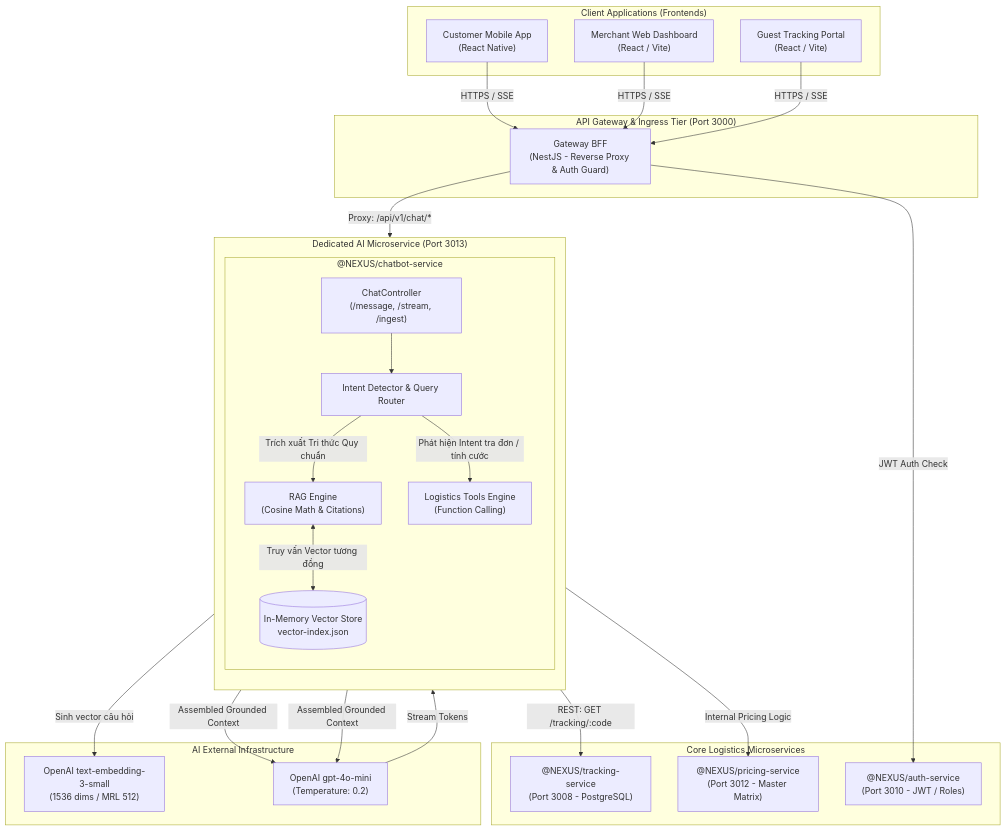
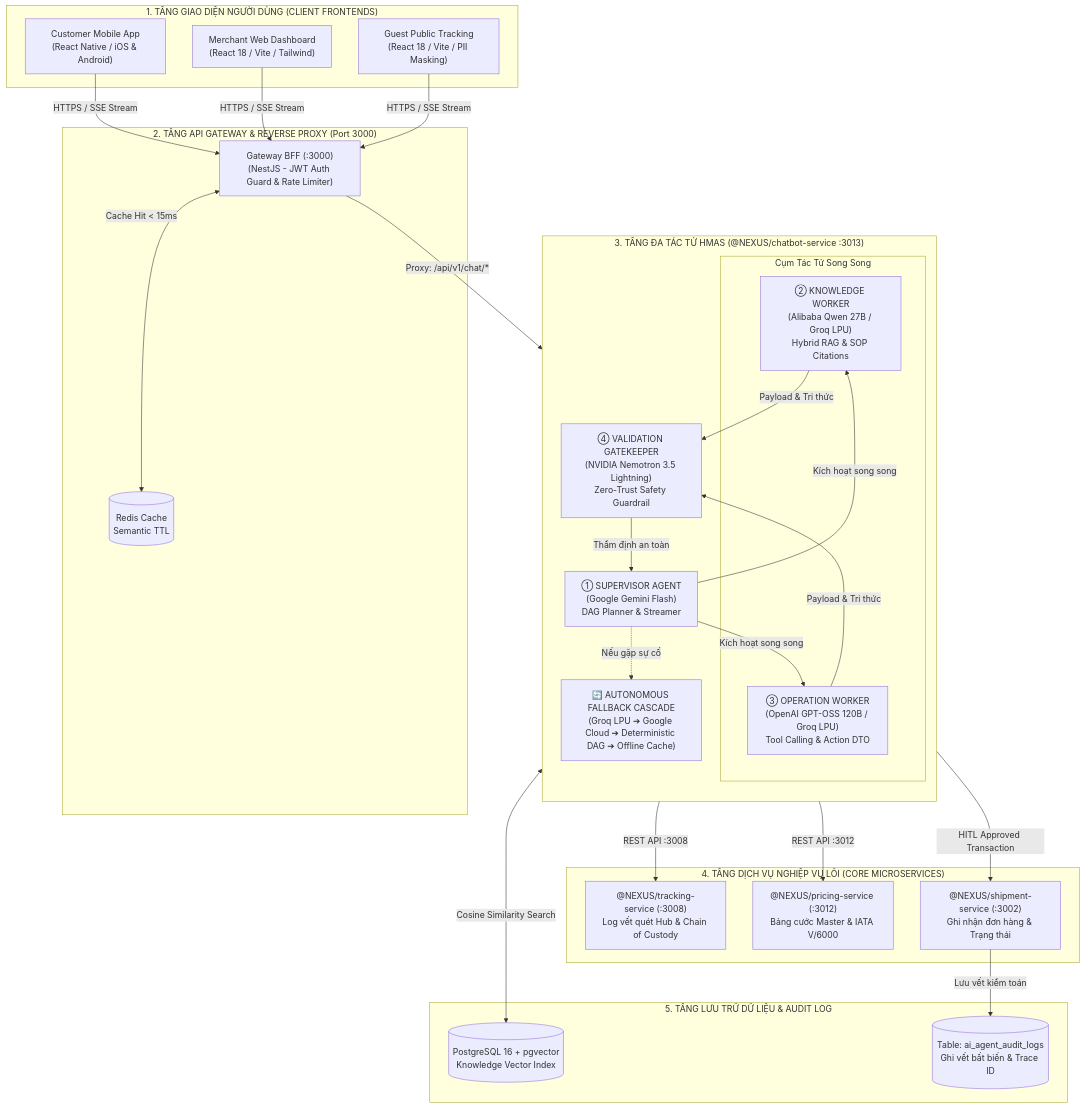
The first of 3 diagrams in docs/architecture/ai-chatbot-service-architecture.md (VoVanTuTai/logistics-management-system), drawn with Mermaid before and after one commit. The commit also changed other lines of this file and 2 other files, not shown here.

Commit message:
docs(architecture): finalize and lock Nexus HMAS Big Four architecture specification and diagrams

````diff
--- a/docs/architecture/ai-chatbot-service-architecture.md
+++ b/docs/architecture/ai-chatbot-service-architecture.md
@@ -42,54 +93,60 @@
 ```mermaid
 graph TD
-    subgraph CLIENT_TIER ["Client Applications (Frontends)"]
-        CM["Customer Mobile App<br/>(React Native)"]
-        MW["Merchant Web Dashboard<br/>(React / Vite)"]
-        GW["Guest Tracking Portal<br/>(React / Vite)"]
+    subgraph CLIENT_TIER ["1. TẦNG GIAO DIỆN NGƯỜI DÙNG (CLIENT FRONTENDS)"]
+        CM["Customer Mobile App<br/>(React Native / iOS & Android)"]
+        MW["Merchant Web Dashboard<br/>(React 18 / Vite / Tailwind)"]
+        GW["Guest Public Tracking<br/>(React 18 / Vite / PII Masking)"]
     end
 
-    subgraph API_GATEWAY_TIER ["API Gateway & Ingress Tier (Port 3000)"]
-        BFF["Gateway BFF<br/>(NestJS - Reverse Proxy & Auth Guard)"]
+    subgraph GATEWAY_TIER ["2. TẦNG API GATEWAY & REVERSE PROXY (Port 3000)"]
+        BFF["Gateway BFF (:3000)<br/>(NestJS - JWT Auth Guard & Rate Limiter)"]
+        CACHE[("Redis Cache<br/>Semantic TTL")]
     end
 
-    subgraph AI_SERVICE_TIER ["Dedicated AI Microservice (Port 3013)"]
+    subgraph HMAS_CONTAINER ["3. TẦNG ĐA TÁC TỬ HMAS (@NEXUS/chatbot-service :3013)"]
         direction TB
-        subgraph CHATBOT_SVC ["@NEXUS/chatbot-service"]
-            CTRL["ChatController<br/>(/message, /stream, /ingest)"]
-            ROUTER["Intent Detector & Query Router"]
-            RAG_ENG["RAG Engine<br/>(Cosine Math & Citations)"]
-            TOOL_ENG["Logistics Tools Engine<br/>(Function Calling)"]
-            V_STORE[("In-Memory Vector Store<br/>vector-index.json")]
+        SUP["① SUPERVISOR AGENT<br/>(Google Gemini Flash)<br/>DAG Planner & Streamer"]
+        
+        subgraph PARALLEL_WORKERS ["Cụm Tác Tử Song Song"]
+            KNOW["② KNOWLEDGE WORKER<br/>(Alibaba Qwen 27B / Groq LPU)<br/>Hybrid RAG & SOP Citations"]
+            OPER["③ OPERATION WORKER<br/>(OpenAI GPT-OSS 120B / Groq LPU)<br/>Tool Calling & Action DTO"]
         end
+
+        VAL["④ VALIDATION GATEKEEPER<br/>(NVIDIA Nemotron 3.5 Lightning)<br/>Zero-Trust Safety Guardrail"]
+        
+        CASCADE["🔄 AUTONOMOUS FALLBACK CASCADE<br/>(Groq LPU ➔ Google Cloud ➔ Deterministic DAG ➔ Offline Cache)"]
     end
 
-    subgraph INTERNAL_CORE_SERVICES ["Core Logistics Microservices"]
-        TRACK["@NEXUS/tracking-service<br/>(Port 3008 - PostgreSQL)"]
-        PRICE["@NEXUS/pricing-service<br/>(Port 3012 - Master Matrix)"]
-        AUTH["@NEXUS/auth-service<br/>(Port 3010 - JWT / Roles)"]
+    subgraph BACKEND_SERVICES ["4. TẦNG DỊCH VỤ NGHIỆP VỤ LÕI (CORE MICROSERVICES)"]
+        TRACK["@NEXUS/tracking-service (:3008)<br/>Log vết quét Hub & Chain of Custody"]
+        PRICE["@NEXUS/pricing-service (:3012)<br/>Bảng cước Master & IATA V/6000"]
+        SHIP["@NEXUS/shipment-service (:3002)<br/>Ghi nhận đơn hàng & Trạng thái"]
     end
 
-    subgraph AI_CLOUD_INFRA ["AI External Infrastructure"]
-        OPENAI_EMBED["OpenAI text-embedding-3-small<br/>(1536 dims / MRL 512)"]
-        OPENAI_LLM["OpenAI gpt-4o-mini<br/>(Temperature: 0.2)"]
+    subgraph STORAGE_TIER ["5. TẦNG LƯU TRỮ DỮ LIỆU & AUDIT LOG"]
+        PG[("PostgreSQL 16 + pgvector<br/>Knowledge Vector Index")]
+        AUDIT[("Table: ai_agent_audit_logs<br/>Ghi vết bất biến & Trace ID")]
     end
 
-    CM -->|HTTPS / SSE| BFF
-    MW -->|HTTPS / SSE| BFF
-    GW -->|HTTPS / SSE| BFF
+    CM -->|HTTPS / SSE Stream| BFF
+    MW -->|HTTPS / SSE Stream| BFF
+    GW -->|HTTPS / SSE Stream| BFF
 
-    BFF -->|JWT Auth Check| AUTH
-    BFF -->|Proxy: /api/v1/chat/*| CTRL
+    BFF <-->|Cache Hit < 15ms| CACHE
+    BFF -->|Proxy: /api/v1/chat/*| SUP
 
-    CTRL --> ROUTER
-    ROUTER -->|Trích xuất Tri thức Quy chuẩn| RAG_ENG
-    ROUTER -->|Phát hiện Intent tra đơn / tính cước| TOOL_ENG
+    SUP -->|Kích hoạt song song| KNOW
+    SUP -->|Kích hoạt song song| OPER
 
-    RAG_ENG <-->|Truy vấn Vector tương đồng| V_STORE
-    RAG_ENG -->|Sinh vector câu hỏi| OPENAI_EMBED
+    KNOW <-->|Cosine Similarity Search| PG
+    OPER -->|REST API :3008| TRACK
+    OPER -->|REST API :3012| PRICE
 
-    TOOL_ENG -->|REST: GET /tracking/:code| TRACK
-    TOOL_ENG -->|Internal Pricing Logic| PRICE
+    KNOW & OPER -->|Payload & Tri thức| VAL
+    VAL -->|Thẩm định an toàn| SUP
+    
+    SUP -.->|Nếu gặp sự cố| CASCADE
 
-    RAG_ENG & TOOL_ENG -->|Assembled Grounded Context| OPENAI_LLM
-    OPENAI_LLM -->|Stream Tokens| CTRL
+    VAL -->|HITL Approved Transaction| SHIP
+    SHIP -->|Lưu vết kiểm toán| AUDIT
 ```
````
